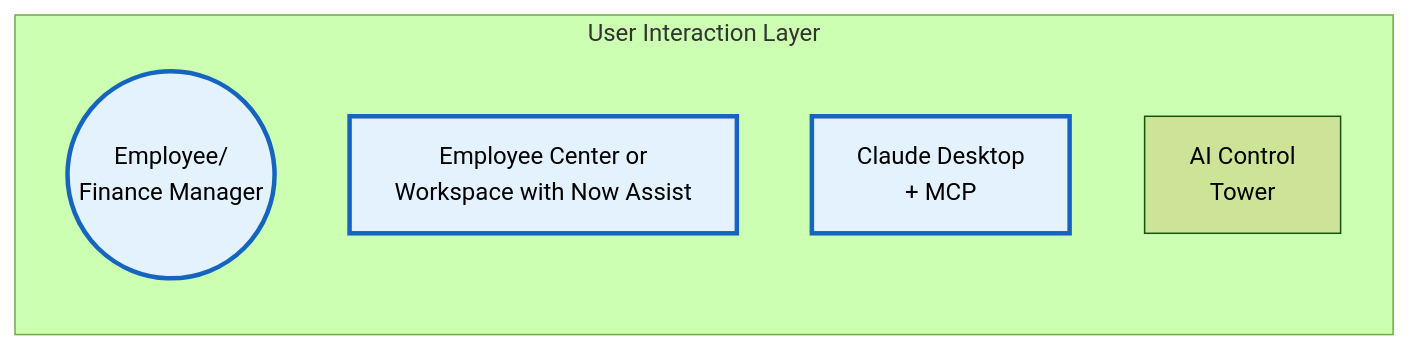
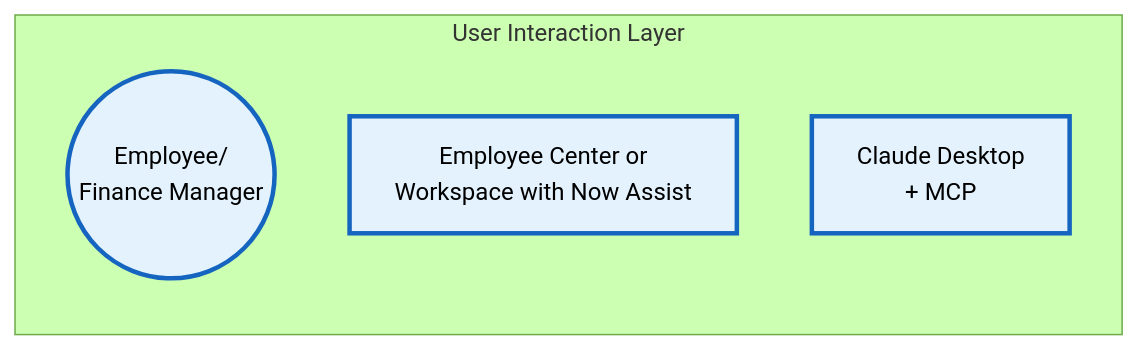
One commit to leojacinto/WorkflowDataFabric-TypeA changed the second of 4 diagrams in 0_WDF_Diagrams.md. Above: the diagram before and after it, drawn with Mermaid (forest theme). The commit also changed other lines of this file, not shown here.

````diff
--- a/0_WDF_Diagrams.md
+++ b/0_WDF_Diagrams.md
@@ -47,24 +47,23 @@
 ```mermaid
 graph LR
     subgraph "User Interaction Layer"
         Employee((Employee/<br/>Finance Manager))
         EC[Employee Center or<br/>Workspace with Now Assist]
         ClaudeDesktop[Claude Desktop<br/>+ MCP]
-        ControlTower[AI Control<br/>Tower]
     end
 
     %% Styling
     classDef external fill:#e1f5ff,stroke:#01579b,stroke-width:2px
     classDef integration fill:#fff3e0,stroke:#e65100,stroke-width:2px
     classDef zeroCopy fill:#f3e5f5,stroke:#4a148c,stroke-width:2px
     classDef native fill:#e8f5e9,stroke:#1b5e20,stroke-width:2px
     classDef ai fill:#fff9c4,stroke:#f57f17,stroke-width:2px
     classDef user fill:#e3f2fd,stroke:#1565c0,stroke-width:3px
 
     class ERP,ExpenseAPI,SharePoint,CDW external
     class ZeroCopySQL,ZeroCopyERP,IntHub,ExtContent integration
     class ZCCC,ZCCH,ZCExp zeroCopy
     class ExpenseTable,FinCase,FinVar native
     class Agent1,Agent2,RAG,NASK,FlowAction,MCP,MCPC,GGraph,NLQuery,Lens,DocIntel ai
     class Employee,EC,ClaudeDesktop user
 ```
````
